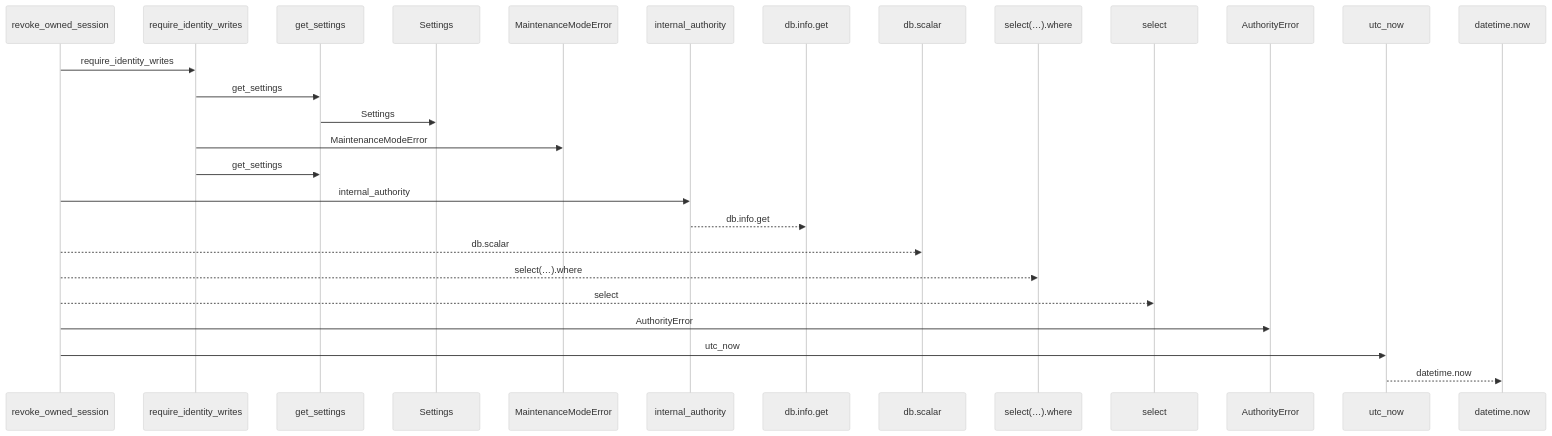
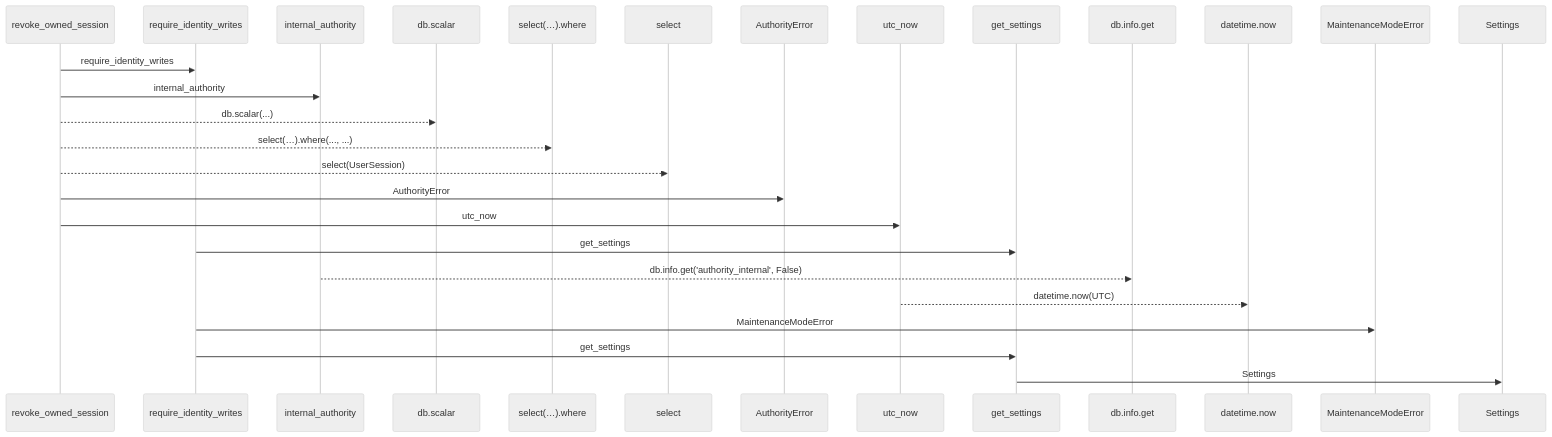
The first of 2 diagrams in docs/llm_wiki/flows/http-revoke_owned_session.md (Denissvgn/WorkChord), drawn with Mermaid (neutral theme) before and after one commit. The commit also changed other lines of this file and 25171 other files, not shown here.

````diff
--- a/docs/llm_wiki/flows/http-revoke_owned_session.md
+++ b/docs/llm_wiki/flows/http-revoke_owned_session.md
@@ -19,29 +21,29 @@
 ```mermaid
 sequenceDiagram
     participant p0 as revoke_owned_session
     participant p1 as require_identity_writes
-    participant p2 as get_settings
-    participant p3 as Settings
-    participant p4 as MaintenanceModeError
-    participant p5 as internal_authority
-    participant p6 as db.info.get
-    participant p7 as db.scalar
-    participant p8 as select(…).where
-    participant p9 as select
-    participant p10 as AuthorityError
-    participant p11 as utc_now
-    participant p12 as datetime.now
+    participant p2 as internal_authority
+    participant p3 as db.scalar
+    participant p4 as select(…).where
+    participant p5 as select
+    participant p6 as AuthorityError
+    participant p7 as utc_now
+    participant p8 as get_settings
+    participant p9 as db.info.get
+    participant p10 as datetime.now
+    participant p11 as MaintenanceModeError
+    participant p12 as Settings
     p0->>p1: require_identity_writes
-    p1->>p2: get_settings
-    p2->>p3: Settings
-    p1->>p4: MaintenanceModeError
-    p1->>p2: get_settings
-    p0->>p5: internal_authority
-    p5-->>p6: db.info.get
-    p0-->>p7: db.scalar
-    p0-->>p8: select(…).where
-    p0-->>p9: select
-    p0->>p10: AuthorityError
-    p0->>p11: utc_now
-    p11-->>p12: datetime.now
+    p0->>p2: internal_authority
+    p0-->>p3: db.scalar(...)
+    p0-->>p4: select(…).where(..., ...)
+    p0-->>p5: select(UserSession)
+    p0->>p6: AuthorityError
+    p0->>p7: utc_now
+    p1->>p8: get_settings
+    p2-->>p9: db.info.get('authority_internal', False)
+    p7-->>p10: datetime.now(UTC)
+    p1->>p11: MaintenanceModeError
+    p1->>p8: get_settings
+    p8->>p12: Settings
 ```
````
